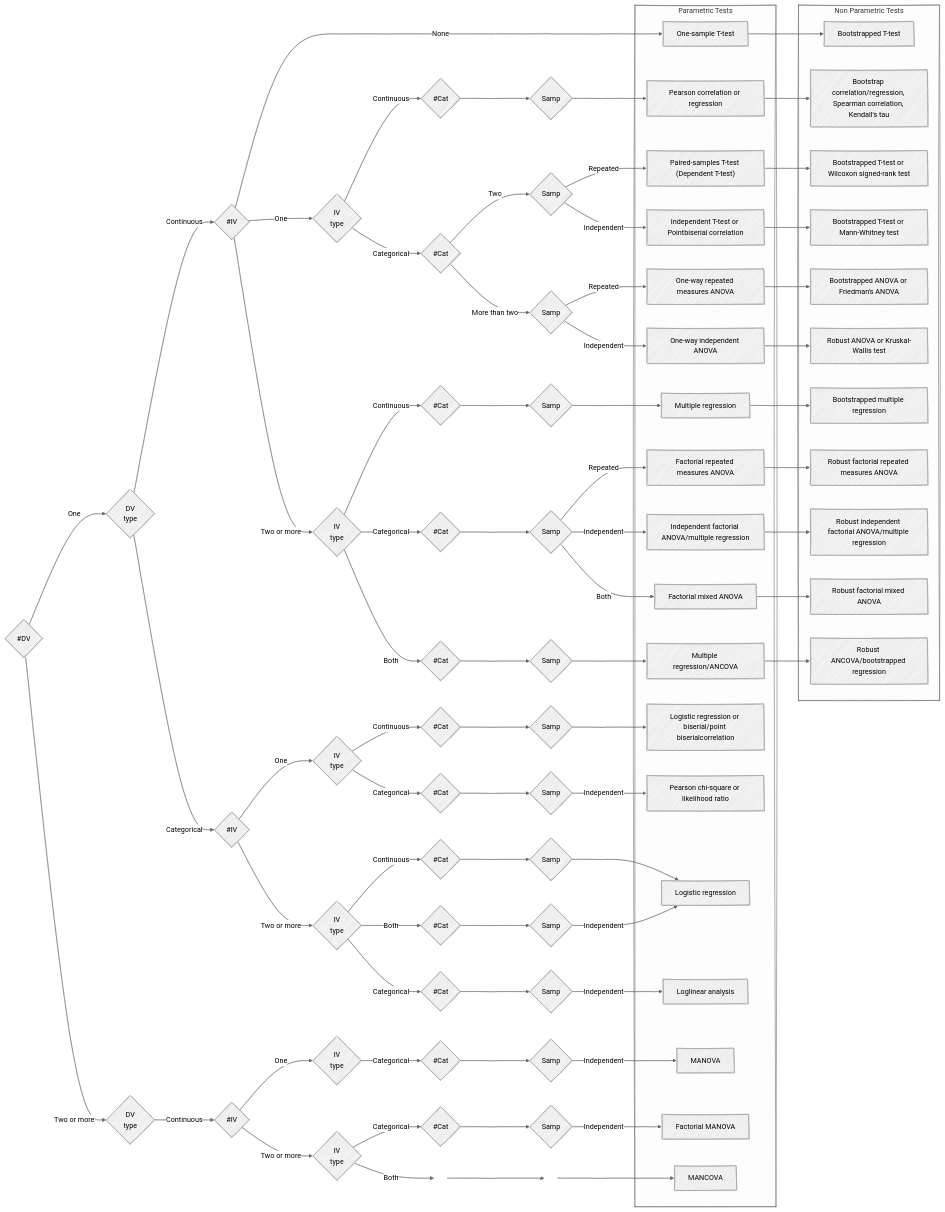
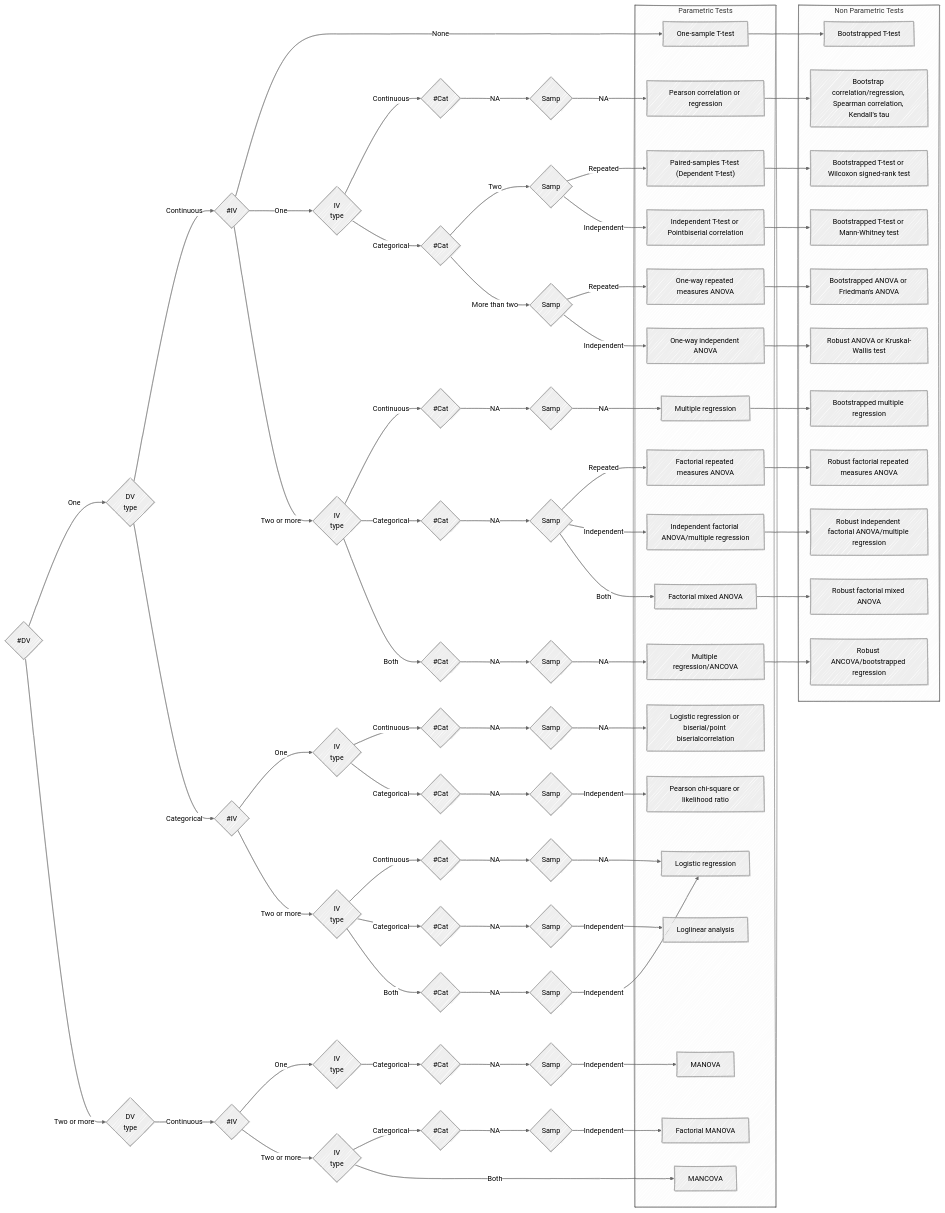
One commit to ShKlinkenberg/statistical-test-selection changed the diagram in output.mmd. Above: the diagram before and after it, drawn with Mermaid. The commit also changed 1 other file, not shown here.

```diff
--- a/output.mmd
+++ b/output.mmd
@@ -1,116 +1,116 @@
 ---
 config:
   look: handDrawn
   theme: neutral
 ---
 
 
 flowchart LR
   DVn{#DV} -->|One| DVnOne{DV<br>type}
   DVn{#DV} -->|Two or more| DVnTwoormore{DV<br>type}
   DVnOne -->|Continuous| DVnOneContinuous{#IV}
   DVnOne -->|Categorical| DVnOneCategorical{#IV}
   DVnTwoormore -->|Continuous| DVnTwoormoreContinuous{#IV}
   DVnOneContinuous -->|None| PTOne-sampleT-test["One-sample T-test"]
   DVnOneContinuous -->|One| DVnOneContinuousOne{IV<br>type}
   DVnOneContinuous -->|Two or more| DVnOneContinuousTwoormore{IV<br>type}
   DVnOneCategorical -->|One| DVnOneCategoricalOne{IV<br>type}
   DVnOneCategorical -->|Two or more| DVnOneCategoricalTwoormore{IV<br>type}
   DVnTwoormoreContinuous -->|One| DVnTwoormoreContinuousOne{IV<br>type}
   DVnTwoormoreContinuous -->|Two or more| DVnTwoormoreContinuousTwoormore{IV<br>type}
 
   DVnOneContinuousOne -->|Continuous| DVnOneContinuousOneContinuous{#Cat}
   DVnOneContinuousOne -->|Categorical| DVnOneContinuousOneCategorical{#Cat}
   DVnOneContinuousTwoormore -->|Continuous| DVnOneContinuousTwoormoreContinuous{#Cat}
   DVnOneContinuousTwoormore -->|Categorical| DVnOneContinuousTwoormoreCategorical{#Cat}
   DVnOneContinuousTwoormore -->|Both| DVnOneContinuousTwoormoreBoth{#Cat}
   DVnOneCategoricalOne -->|Continuous| DVnOneCategoricalOneContinuous{#Cat}
   DVnOneCategoricalOne -->|Categorical| DVnOneCategoricalOneCategorical{#Cat}
   DVnOneCategoricalTwoormore -->|Continuous| DVnOneCategoricalTwoormoreContinuous{#Cat}
   DVnOneCategoricalTwoormore -->|Categorical| DVnOneCategoricalTwoormoreCategorical{#Cat}
   DVnOneCategoricalTwoormore -->|Both| DVnOneCategoricalTwoormoreBoth{#Cat}
   DVnTwoormoreContinuousOne -->|Categorical| DVnTwoormoreContinuousOneCategorical{#Cat}
   DVnTwoormoreContinuousTwoormore -->|Categorical| DVnTwoormoreContinuousTwoormoreCategorical{#Cat}
-  DVnTwoormoreContinuousTwoormore -->|Both| DVnTwoormoreContinuousTwoormoreBoth{#Cat}:::hidden
+  DVnTwoormoreContinuousTwoormore -->|Both| PTMANCOVA["MANCOVA"]
 
-  DVnOneContinuousOneContinuous -->| | DVnOneContinuousOneContinuousNA{Samp}
+  DVnOneContinuousOneContinuous -->|NA| DVnOneContinuousOneContinuousNA{Samp}
   DVnOneContinuousOneCategorical -->|Two| DVnOneContinuousOneCategoricalTwo{Samp}
   DVnOneContinuousOneCategorical -->|More than two| DVnOneContinuousOneCategoricalMorethantwo{Samp}
-  DVnOneContinuousTwoormoreContinuous -->| | DVnOneContinuousTwoormoreContinuousNA{Samp}
-  DVnOneContinuousTwoormoreCategorical -->| | DVnOneContinuousTwoormoreCategoricalNA{Samp}
-  DVnOneContinuousTwoormoreBoth -->| | DVnOneContinuousTwoormoreBothNA{Samp}
-  DVnOneCategoricalOneContinuous -->| | DVnOneCategoricalOneContinuousNA{Samp}
-  DVnOneCategoricalOneCategorical -->| | DVnOneCategoricalOneCategoricalNA{Samp}
-  DVnOneCategoricalTwoormoreContinuous -->| | DVnOneCategoricalTwoormoreContinuousNA{Samp}
-  DVnOneCategoricalTwoormoreCategorical -->| | DVnOneCategoricalTwoormoreCategoricalNA{Samp}
-  DVnOneCategoricalTwoormoreBoth -->| | DVnOneCategoricalTwoormoreBothNA{Samp}
-  DVnTwoormoreContinuousOneCategorical -->| | DVnTwoormoreContinuousOneCategoricalNA{Samp}
-  DVnTwoormoreContinuousTwoormoreCategorical -->| | DVnTwoormoreContinuousTwoormoreCategoricalNA{Samp}
-  DVnTwoormoreContinuousTwoormoreBoth -->| | DVnTwoormoreContinuousTwoormoreBothNA{Samp}:::hidden
+  DVnOneContinuousTwoormoreContinuous -->|NA| DVnOneContinuousTwoormoreContinuousNA{Samp}
+  DVnOneContinuousTwoormoreCategorical -->|NA| DVnOneContinuousTwoormoreCategoricalNA{Samp}
+  DVnOneContinuousTwoormoreBoth -->|NA| DVnOneContinuousTwoormoreBothNA{Samp}
+  DVnOneCategoricalOneContinuous -->|NA| DVnOneCategoricalOneContinuousNA{Samp}
+  DVnOneCategoricalOneCategorical -->|NA| DVnOneCategoricalOneCategoricalNA{Samp}
+  DVnOneCategoricalTwoormoreContinuous -->|NA| DVnOneCategoricalTwoormoreContinuousNA{Samp}
+  DVnOneCategoricalTwoormoreCategorical -->|NA| DVnOneCategoricalTwoormoreCategoricalNA{Samp}
+  DVnOneCategoricalTwoormoreBoth -->|NA| DVnOneCategoricalTwoormoreBothNA{Samp}
+  DVnTwoormoreContinuousOneCategorical -->|NA| DVnTwoormoreContinuousOneCategoricalNA{Samp}
+  DVnTwoormoreContinuousTwoormoreCategorical -->|NA| DVnTwoormoreContinuousTwoormoreCategoricalNA{Samp}
+
 classDef hidden display: none;
-  DVnOneContinuousOneContinuousNA -->| | PTPearsoncorrelationorregression["Pearson correlation or regression"]
+  DVnOneContinuousOneContinuousNA -->|NA| PTPearsoncorrelationorregression["Pearson correlation or regression"]
   DVnOneContinuousOneCategoricalTwo -->|Repeated| PTPaired-samplesT-testDependentT-test["Paired-samples T-test (Dependent T-test)"]
   DVnOneContinuousOneCategoricalTwo -->|Independent| PTIndependentT-testorPointbiserialcorrelation["Independent T-test or Pointbiserial correlation"]
   DVnOneContinuousOneCategoricalMorethantwo -->|Repeated| PTOne-wayrepeatedmeasuresANOVA["One-way repeated measures ANOVA"]
   DVnOneContinuousOneCategoricalMorethantwo -->|Independent| PTOne-wayindependentANOVA["One-way independent ANOVA"]
-  DVnOneContinuousTwoormoreContinuousNA -->| | PTMultipleregression["Multiple regression"]
+  DVnOneContinuousTwoormoreContinuousNA -->|NA| PTMultipleregression["Multiple regression"]
   DVnOneContinuousTwoormoreCategoricalNA -->|Repeated| PTFactorialrepeatedmeasuresANOVA["Factorial repeated measures ANOVA"]
   DVnOneContinuousTwoormoreCategoricalNA -->|Independent| PTIndependentfactorialANOVA/multipleregression["Independent factorial ANOVA/multiple regression"]
   DVnOneContinuousTwoormoreCategoricalNA -->|Both| PTFactorialmixedANOVA["Factorial mixed ANOVA"]
-  DVnOneContinuousTwoormoreBothNA -->| | PTMultipleregression/ANCOVA["Multiple regression/ANCOVA"]
-  DVnOneCategoricalOneContinuousNA -->| | PTLogisticregressionorbiserial/pointbiserialcorrelation["Logistic regression or biserial/point biserialcorrelation"]
+  DVnOneContinuousTwoormoreBothNA -->|NA| PTMultipleregression/ANCOVA["Multiple regression/ANCOVA"]
+  DVnOneCategoricalOneContinuousNA -->|NA| PTLogisticregressionorbiserial/pointbiserialcorrelation["Logistic regression or biserial/point biserialcorrelation"]
   DVnOneCategoricalOneCategoricalNA -->|Independent| PTPearsonchi-squareorlikelihoodratio["Pearson chi-square or likelihood ratio"]
-  DVnOneCategoricalTwoormoreContinuousNA -->| | PTLogisticregression["Logistic regression"]
+  DVnOneCategoricalTwoormoreContinuousNA -->|NA| PTLogisticregression["Logistic regression"]
   DVnOneCategoricalTwoormoreCategoricalNA -->|Independent| PTLoglinearanalysis["Loglinear analysis"]
   DVnOneCategoricalTwoormoreBothNA -->|Independent| PTLogisticregression["Logistic regression"]
   DVnTwoormoreContinuousOneCategoricalNA -->|Independent| PTMANOVA["MANOVA"]
   DVnTwoormoreContinuousTwoormoreCategoricalNA -->|Independent| PTFactorialMANOVA["Factorial MANOVA"]
-  DVnTwoormoreContinuousTwoormoreBothNA -->| | PTMANCOVA["MANCOVA"]
+
   PTOne-sampleT-test --> NPTBootstrappedT-test["Bootstrapped T-test"]
   PTPearsoncorrelationorregression --> NPTBootstrapcorrelation/regression,Spearmancorrelation,Kendall'stau["Bootstrap correlation/regression, Spearman correlation, Kendall's tau"]
   PTPaired-samplesT-testDependentT-test --> NPTBootstrappedT-testorWilcoxonsigned-ranktest["Bootstrapped T-test or Wilcoxon signed-rank test"]
   PTIndependentT-testorPointbiserialcorrelation --> NPTBootstrappedT-testorMann-Whitneytest["Bootstrapped T-test or Mann-Whitney test"]
   PTOne-wayrepeatedmeasuresANOVA --> NPTBootstrappedANOVAorFriedman'sANOVA["Bootstrapped ANOVA or Friedman's ANOVA"]
   PTOne-wayindependentANOVA --> NPTRobustANOVAorKruskal-Wallistest["Robust ANOVA or Kruskal-Wallis test"]
   PTMultipleregression --> NPTBootstrappedmultipleregression["Bootstrapped multiple regression"]
   PTFactorialrepeatedmeasuresANOVA --> NPTRobustfactorialrepeatedmeasuresANOVA["Robust factorial repeated measures ANOVA"]
   PTIndependentfactorialANOVA/multipleregression --> NPTRobustindependentfactorialANOVA/multipleregression["Robust independent factorial ANOVA/multiple regression"]
   PTFactorialmixedANOVA --> NPTRobustfactorialmixedANOVA["Robust factorial mixed ANOVA"]
   PTMultipleregression/ANCOVA --> NPTRobustANCOVA/bootstrappedregression["Robust ANCOVA/bootstrapped regression"]
 
 
 subgraph Parametric Tests
 PTOne-sampleT-test
 PTPearsoncorrelationorregression
 PTPaired-samplesT-testDependentT-test
 PTIndependentT-testorPointbiserialcorrelation
 PTOne-wayrepeatedmeasuresANOVA
 PTOne-wayindependentANOVA
 PTMultipleregression
 PTFactorialrepeatedmeasuresANOVA
 PTIndependentfactorialANOVA/multipleregression
 PTFactorialmixedANOVA
 PTMultipleregression/ANCOVA
 PTLogisticregressionorbiserial/pointbiserialcorrelation
 PTPearsonchi-squareorlikelihoodratio
 PTLogisticregression
 PTLoglinearanalysis
 PTLogisticregression
 PTMANOVA
 PTFactorialMANOVA
 PTMANCOVA
 end
 subgraph Non Parametric Tests
 NPTBootstrappedT-test
 NPTBootstrapcorrelation/regression,Spearmancorrelation,Kendall'stau
 NPTBootstrappedT-testorWilcoxonsigned-ranktest
 NPTBootstrappedT-testorMann-Whitneytest
 NPTBootstrappedANOVAorFriedman'sANOVA
 NPTRobustANOVAorKruskal-Wallistest
 NPTBootstrappedmultipleregression
 NPTRobustfactorialrepeatedmeasuresANOVA
 NPTRobustindependentfactorialANOVA/multipleregression
 NPTRobustfactorialmixedANOVA
 NPTRobustANCOVA/bootstrappedregression
 
 end
```
